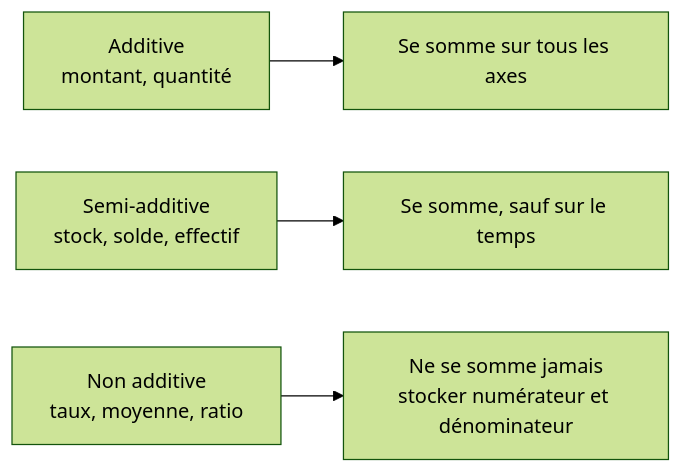
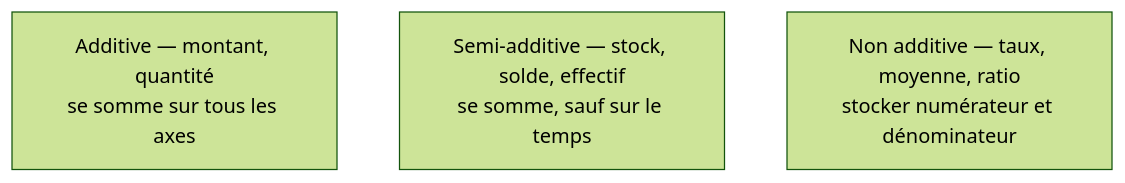
One commit to floSa/Atlas-Metiers-Roadmaps changed the diagram in content/parcours/bi-analyst/modelisation-dimensionnelle/mesures-et-additivite.md. Above: the diagram before and after it, drawn with Mermaid (forest theme).

Commit message:
Mesures et additivite : trois classes, trois cases cliquables

````diff
--- a/content/parcours/bi-analyst/modelisation-dimensionnelle/mesures-et-additivite.md
+++ b/content/parcours/bi-analyst/modelisation-dimensionnelle/mesures-et-additivite.md
@@ -7,6 +7,10 @@
 ```mermaid
-flowchart LR
-  A["Additive<br/>montant, quantité"] --> S["Se somme sur tous les axes"]
-  B["Semi-additive<br/>stock, solde, effectif"] --> T["Se somme, sauf sur le temps"]
-  C["Non additive<br/>taux, moyenne, ratio"] --> U["Ne se somme jamais<br/>stocker numérateur et dénominateur"]
+flowchart TD
+  A["Additive — montant, quantité<br/>se somme sur tous les axes"]
+  B["Semi-additive — stock, solde, effectif<br/>se somme, sauf sur le temps"]
+  C["Non additive — taux, moyenne, ratio<br/>stocker numérateur et dénominateur"]
+
+  click A "/notions/modelisation-dimensionnelle"
+  click B "/parcours/bi-analyst/modelisation-dimensionnelle/la-dimension-de-date"
+  click C "/notions/statistiques-descriptives"
 ```
````
